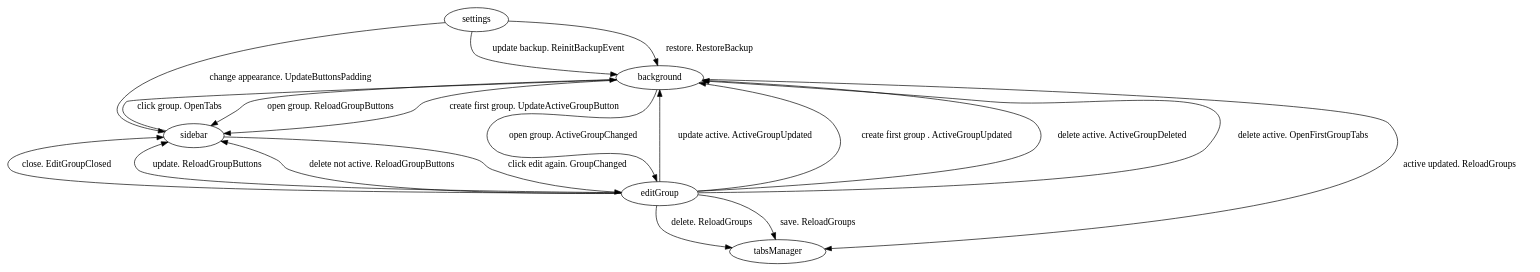
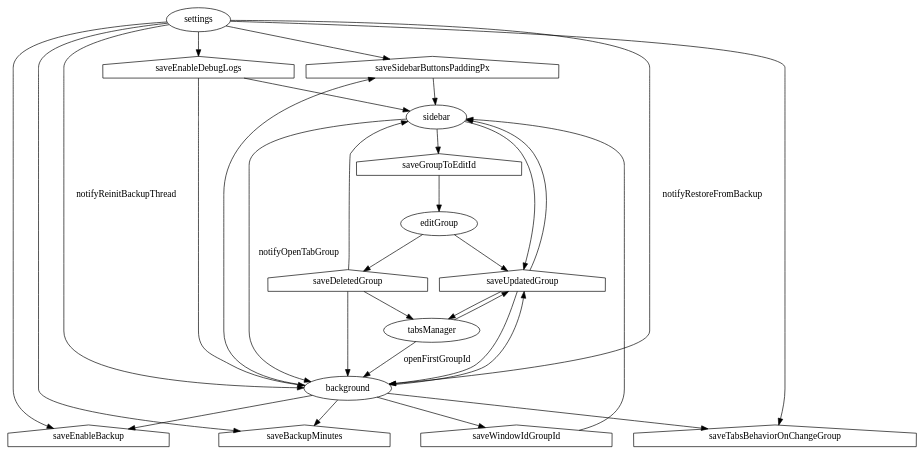
The diagram in SCHEME.dot (EoinKanro/sidebar-tab-groups), drawn with Graphviz before and after one commit. The commit also changed 20 other files, not shown here.

```diff
--- a/SCHEME.dot
+++ b/SCHEME.dot
@@ -1,32 +1,53 @@
 digraph G {
 
-    background,
-    sidebar,
-    editGroup,
-    settings,
-    tabsManager
+  saveSidebarButtonsPaddingPx [ shape=house ];
+  saveEnableBackup [ shape=house ];
+  saveBackupMinutes [ shape=house ];
+  saveTabsBehaviorOnChangeGroup [ shape=house ];
+  saveDeletedGroup [ shape=house ];
+  saveUpdatedGroup [ shape=house ];
+  saveGroupToEditId [ shape=house ];
+  saveWindowIdGroupId [ shape=house ];
+  saveEnableDebugLogs [ shape=house ];
 
+  settings -> saveSidebarButtonsPaddingPx;
+  settings -> saveEnableBackup;
+  settings -> saveBackupMinutes;
+  settings -> saveTabsBehaviorOnChangeGroup;
+  settings -> saveEnableDebugLogs;
 
-    background -> editGroup [ label="open group. ActiveGroupChanged" ]
-    background -> sidebar [ label="open group. ReloadGroupButtons" ]
-    background -> sidebar [ label="create first group. UpdateActiveGroupButton" ]
-    background -> tabsManager [ label="active updated. ReloadGroups"]
+  settings -> background [ label = notifyReinitBackupThread ];
+  settings -> background [ label = notifyRestoreFromBackup ];
 
-    sidebar -> background [ label="click group. OpenTabs" ]
-    sidebar -> editGroup [ label="click edit again. GroupChanged" ]
+  editGroup -> saveDeletedGroup;
+  editGroup -> saveUpdatedGroup;
 
-    editGroup -> sidebar [ label="close. EditGroupClosed" ]
-    editGroup -> background [ label="update active. ActiveGroupUpdated" ]
-    editGroup -> background [ label="create first group . ActiveGroupUpdated" ]
-    editGroup -> sidebar [ label="update. ReloadGroupButtons" ]
-    editGroup -> background [ label="delete active. ActiveGroupDeleted" ]
-    editGroup -> background [ label="delete active. OpenFirstGroupTabs" ]
-    editGroup -> sidebar [ label="delete not active. ReloadGroupButtons" ]
-    editGroup -> tabsManager [ label="delete. ReloadGroups" ]
-    editGroup -> tabsManager [ label="save. ReloadGroups" ]
+  saveGroupToEditId -> editGroup;
 
-    settings -> background [ label="restore. RestoreBackup" ]
-    settings -> background [ label="update backup. ReinitBackupEvent" ]
-    settings -> sidebar [ label="change appearance. UpdateButtonsPadding" ]
+  tabsManager -> saveUpdatedGroup;
+  tabsManager -> background [ label = openFirstGroupId ];
 
+  saveUpdatedGroup -> tabsManager;
+  saveDeletedGroup -> tabsManager;
+
+  sidebar -> background [ label = notifyOpenTabGroup ];
+  sidebar -> saveUpdatedGroup;
+  sidebar -> saveGroupToEditId;
+
+  saveUpdatedGroup -> sidebar;
+  saveDeletedGroup -> sidebar;
+  saveSidebarButtonsPaddingPx -> sidebar;
+  saveWindowIdGroupId -> sidebar;
+  saveEnableDebugLogs -> sidebar;
+
+  background -> saveBackupMinutes;
+  background -> saveEnableBackup;
+  background -> saveSidebarButtonsPaddingPx;
+  background -> saveTabsBehaviorOnChangeGroup;
+  background -> saveUpdatedGroup;
+  background -> saveWindowIdGroupId;
+
+  saveDeletedGroup -> background;
+  saveUpdatedGroup -> background;
+  saveEnableDebugLogs -> background;
 }
```
